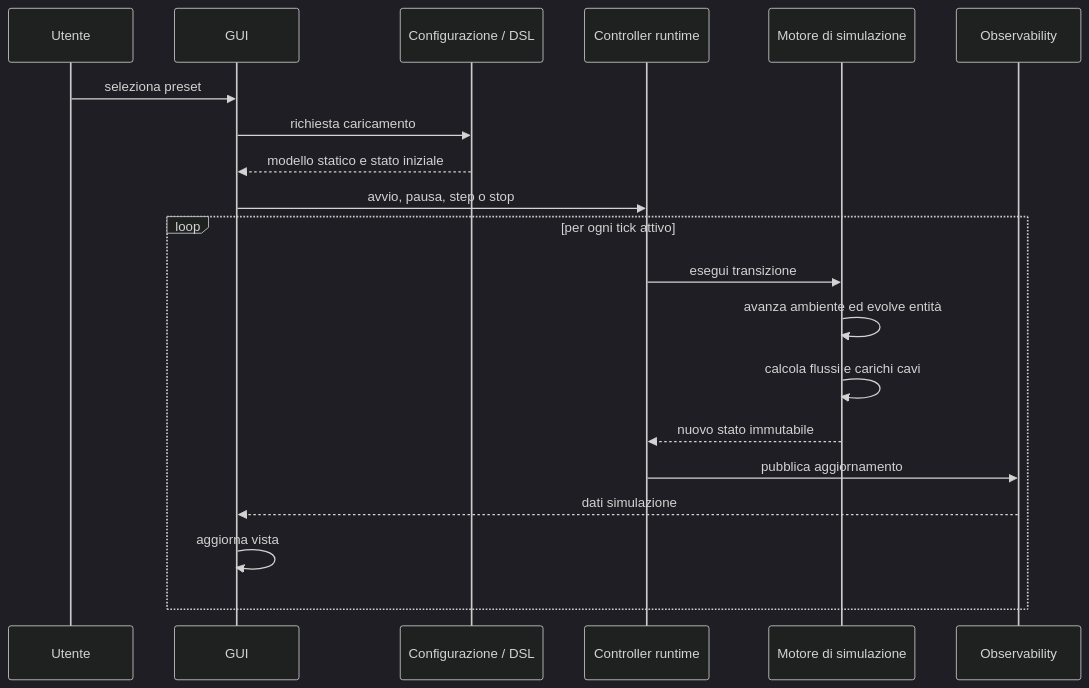
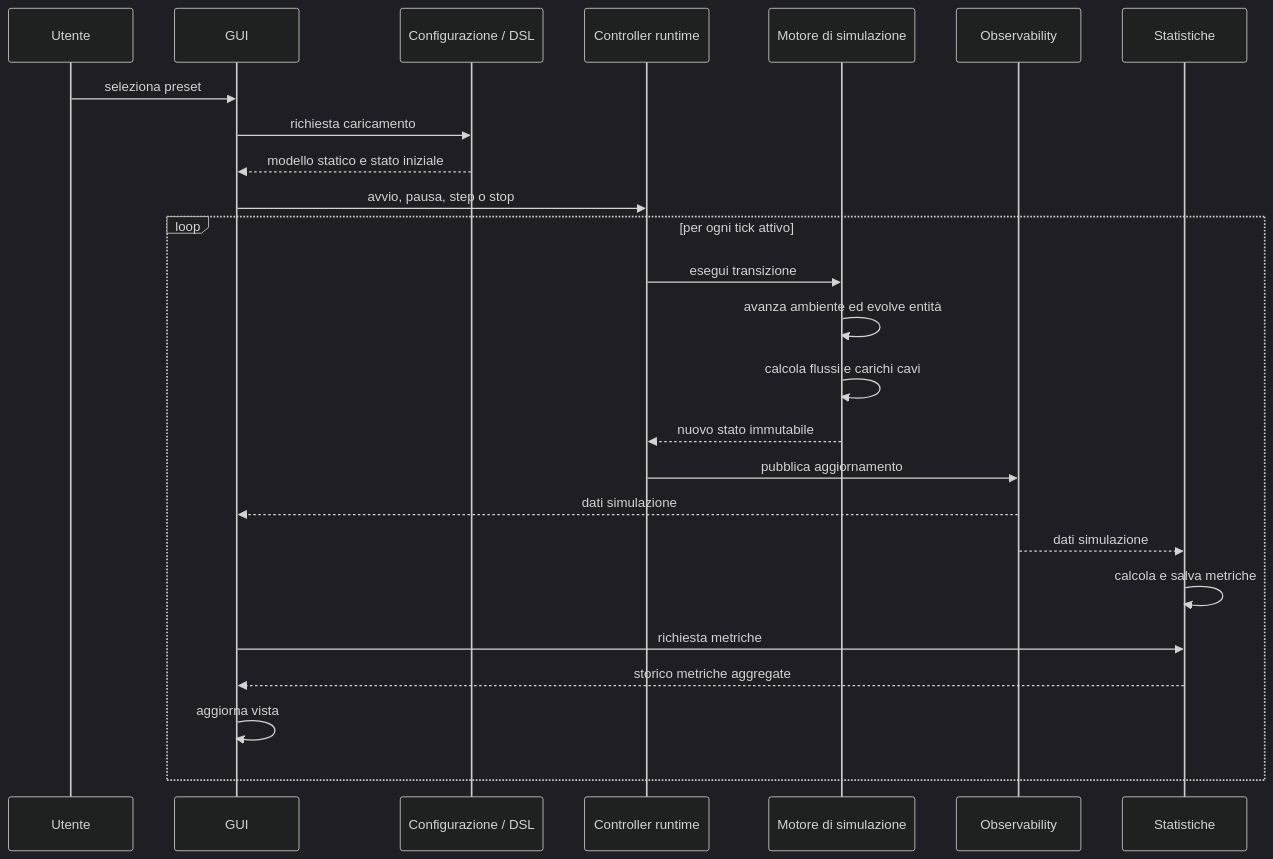
One commit to bambinim/GridSim changed the second of 3 diagrams in docs/05-detailed-design.md. Above: the diagram before and after it, drawn with Mermaid (dark theme). The commit also changed other lines of this file and 1 other file, not shown here.

````diff
--- a/docs/05-detailed-design.md
+++ b/docs/05-detailed-design.md
@@ -108,24 +106,29 @@
 ```mermaid
 sequenceDiagram
     participant U as Utente
     participant V as GUI
     participant C as Configurazione / DSL
     participant R as Controller runtime
     participant E as Motore di simulazione
     participant O as Observability
+    participant S as Statistiche
 
     U->>V: seleziona preset
     V->>C: richiesta caricamento
     C-->>V: modello statico e stato iniziale
     V->>R: avvio, pausa, step o stop
 
     loop per ogni tick attivo
         R->>E: esegui transizione
         E->>E: avanza ambiente ed evolve entità
         E->>E: calcola flussi e carichi cavi
         E-->>R: nuovo stato immutabile
         R->>O: pubblica aggiornamento
         O-->>V: dati simulazione
+        O-->>S: dati simulazione
+        S->>S: calcola e salva metriche
+        V->>S: richiesta metriche
+        S-->>V: storico metriche aggregate
         V->>V: aggiorna vista
     end
 ```
````
